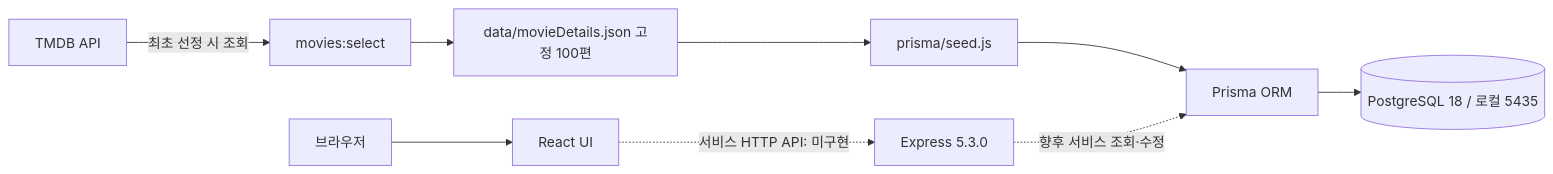
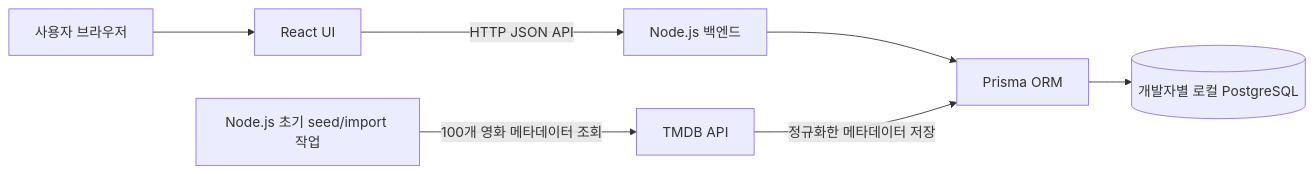
One commit to Sprint-project-1/backend changed the diagram in docs/ARCHITECTURE.md. Above: the diagram before and after it, drawn with Mermaid. The commit also changed other lines of this file and 15 other files, not shown here.

````diff
--- a/docs/ARCHITECTURE.md
+++ b/docs/ARCHITECTURE.md
@@ -9,11 +9,9 @@
 ```mermaid
 flowchart LR
-  T[TMDB API] -->|최초 선정 시 조회| C[movies:select]
-  C --> J[data/movieDetails.json 고정 100편]
-  J --> I[prisma/seed.js]
-  I --> P[Prisma ORM]
-  P --> D[(PostgreSQL 18 / 로컬 5435)]
-  U[브라우저] --> R[React UI]
-  R -.->|서비스 HTTP API: 미구현| S[Express 5.3.0]
-  S -.->|향후 서비스 조회·수정| P
+  U[사용자 브라우저] --> R[React UI]
+  R -->|HTTP JSON API| S[Node.js 백엔드]
+  S --> P[Prisma ORM]
+  P --> D[(개발자별 로컬 PostgreSQL)]
+  I[Node.js 초기 seed/import 작업] -->|100개 영화 메타데이터 조회| T[TMDB API]
+  T -->|정규화한 메타데이터 저장| P
 ```
````
